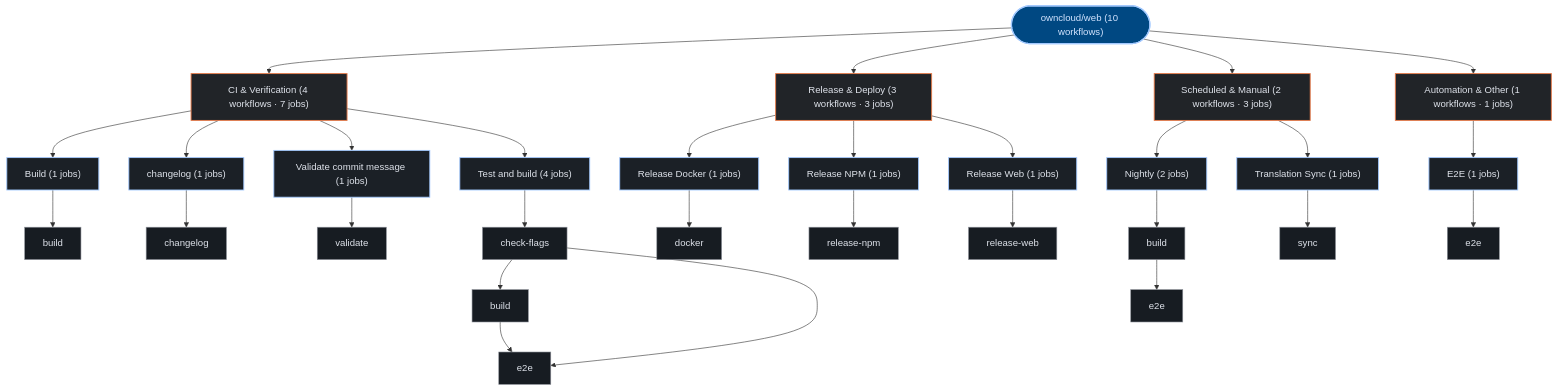
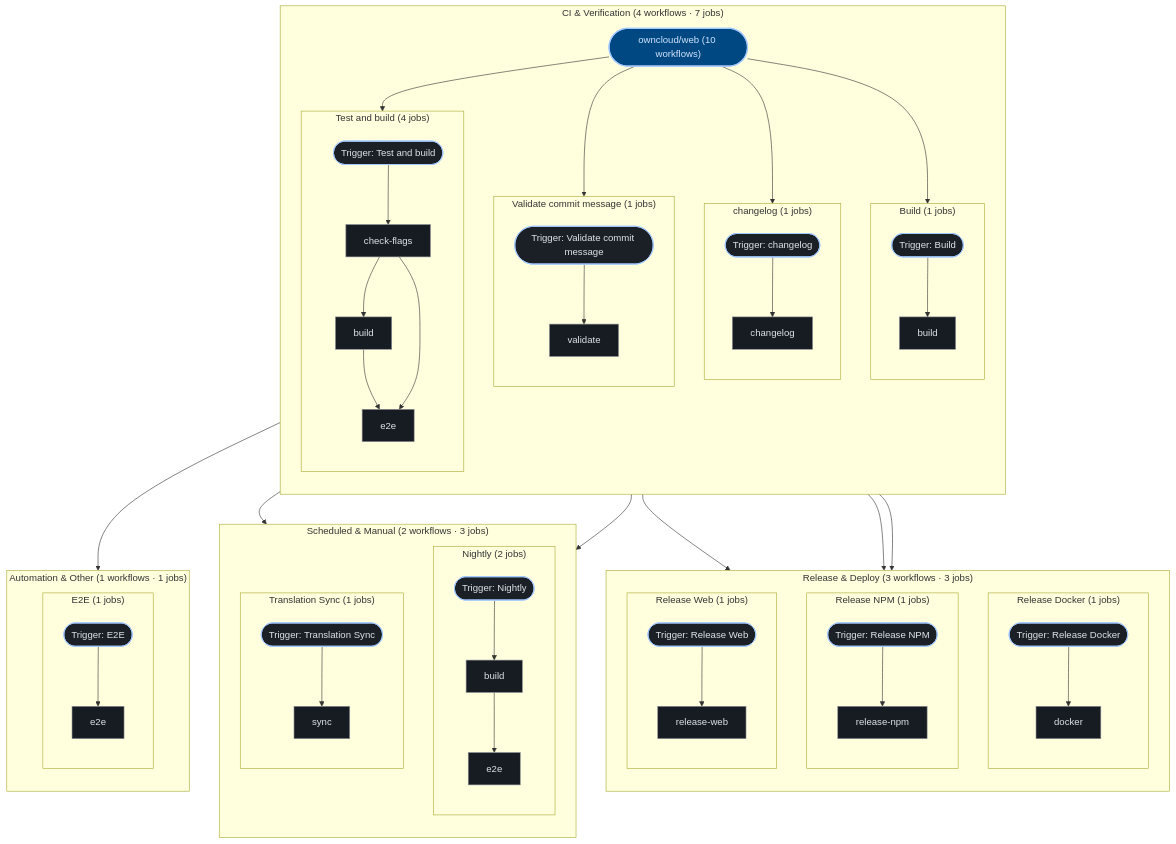
The third of 3 diagrams in exports/latest/reports/owncloud-web-report.md (kumarshaz/atruss-code-atlas), drawn with Mermaid before and after one commit. The commit also changed 181 other files, not shown here.

````diff
--- a/exports/latest/reports/owncloud-web-report.md
+++ b/exports/latest/reports/owncloud-web-report.md
@@ -277,59 +277,93 @@
   classDef atlasAlert fill:#93000a,stroke:#ffb4ab,stroke-width:1.5px,color:#ffdad6
   classDef atlasMore fill:#252a31,stroke:#8d9199,stroke-dasharray:4 4,color:#c3c6cf
   pipeline_root(["owncloud/web (10 workflows)"]):::atlasRoot
-  grp_0_CI___Verification["CI & Verification (4 workflows · 7 jobs)"]:::atlasCategory
-  pipeline_root --> grp_0_CI___Verification
-  wf_0_Build["Build (1 jobs)"]:::atlasWorkflow
-  grp_0_CI___Verification --> wf_0_Build
-  job_0_build["build"]:::atlasJob
-  wf_0_Build --> job_0_build
-  wf_2_changelog["changelog (1 jobs)"]:::atlasWorkflow
-  grp_0_CI___Verification --> wf_2_changelog
-  job_2_changelog["changelog"]:::atlasJob
-  wf_2_changelog --> job_2_changelog
-  wf_3_Validate_commit_message["Validate commit message (1 jobs)"]:::atlasWorkflow
-  grp_0_CI___Verification --> wf_3_Validate_commit_message
-  job_3_validate["validate"]:::atlasJob
-  wf_3_Validate_commit_message --> job_3_validate
-  wf_8_Test_and_build["Test and build (4 jobs)"]:::atlasWorkflow
-  grp_0_CI___Verification --> wf_8_Test_and_build
-  job_8_check_flags["check-flags"]:::atlasJob
-  job_8_build["build"]:::atlasJob
-  job_8_e2e["e2e"]:::atlasJob
-  wf_8_Test_and_build --> job_8_check_flags
-  job_8_check_flags --> job_8_build
-  job_8_build --> job_8_e2e
-  job_8_check_flags --> job_8_e2e
-  grp_1_Release___Deploy["Release & Deploy (3 workflows · 3 jobs)"]:::atlasCategory
-  pipeline_root --> grp_1_Release___Deploy
-  wf_5_Release_Docker["Release Docker (1 jobs)"]:::atlasWorkflow
-  grp_1_Release___Deploy --> wf_5_Release_Docker
-  job_5_docker["docker"]:::atlasJob
-  wf_5_Release_Docker --> job_5_docker
-  wf_6_Release_NPM["Release NPM (1 jobs)"]:::atlasWorkflow
-  grp_1_Release___Deploy --> wf_6_Release_NPM
-  job_6_release_npm["release-npm"]:::atlasJob
-  wf_6_Release_NPM --> job_6_release_npm
-  wf_7_Release_Web["Release Web (1 jobs)"]:::atlasWorkflow
-  grp_1_Release___Deploy --> wf_7_Release_Web
-  job_7_release_web["release-web"]:::atlasJob
-  wf_7_Release_Web --> job_7_release_web
-  grp_2_Scheduled___Manual["Scheduled & Manual (2 workflows · 3 jobs)"]:::atlasCategory
-  pipeline_root --> grp_2_Scheduled___Manual
-  wf_4_Nightly["Nightly (2 jobs)"]:::atlasWorkflow
-  grp_2_Scheduled___Manual --> wf_4_Nightly
-  job_4_build["build"]:::atlasJob
-  job_4_e2e["e2e"]:::atlasJob
-  wf_4_Nightly --> job_4_build
-  job_4_build --> job_4_e2e
-  wf_9_Translation_Sync["Translation Sync (1 jobs)"]:::atlasWorkflow
-  grp_2_Scheduled___Manual --> wf_9_Translation_Sync
-  job_9_sync["sync"]:::atlasJob
-  wf_9_Translation_Sync --> job_9_sync
-  grp_3_Automation___Other["Automation & Other (1 workflows · 1 jobs)"]:::atlasCategory
-  pipeline_root --> grp_3_Automation___Other
-  wf_1_E2E["E2E (1 jobs)"]:::atlasWorkflow
-  grp_3_Automation___Other --> wf_1_E2E
-  job_1_e2e["e2e"]:::atlasJob
-  wf_1_E2E --> job_1_e2e
+  subgraph sg_grp_0_CI___Verification["CI & Verification (4 workflows · 7 jobs)"]
+    direction TB
+    subgraph sg_wf_0_Build["Build (1 jobs)"]
+      direction TB
+      wf_0_Build(["Trigger: Build"]):::atlasWorkflow
+      job_0_build["build"]:::atlasJob
+      wf_0_Build --> job_0_build
+    end
+    pipeline_root --> wf_0_Build
+    subgraph sg_wf_2_changelog["changelog (1 jobs)"]
+      direction TB
+      wf_2_changelog(["Trigger: changelog"]):::atlasWorkflow
+      job_2_changelog["changelog"]:::atlasJob
+      wf_2_changelog --> job_2_changelog
+    end
+    pipeline_root --> wf_2_changelog
+    subgraph sg_wf_3_Validate_commit_message["Validate commit message (1 jobs)"]
+      direction TB
+      wf_3_Validate_commit_message(["Trigger: Validate commit message"]):::atlasWorkflow
+      job_3_validate["validate"]:::atlasJob
+      wf_3_Validate_commit_message --> job_3_validate
+    end
+    pipeline_root --> wf_3_Validate_commit_message
+    subgraph sg_wf_8_Test_and_build["Test and build (4 jobs)"]
+      direction TB
+      wf_8_Test_and_build(["Trigger: Test and build"]):::atlasWorkflow
+      job_8_check_flags["check-flags"]:::atlasJob
+      job_8_build["build"]:::atlasJob
+      job_8_e2e["e2e"]:::atlasJob
+      wf_8_Test_and_build --> job_8_check_flags
+      job_8_check_flags --> job_8_build
+      job_8_build --> job_8_e2e
+      job_8_check_flags --> job_8_e2e
+    end
+    pipeline_root --> wf_8_Test_and_build
+  end
+  subgraph sg_grp_1_Release___Deploy["Release & Deploy (3 workflows · 3 jobs)"]
+    direction TB
+    subgraph sg_wf_5_Release_Docker["Release Docker (1 jobs)"]
+      direction TB
+      wf_5_Release_Docker(["Trigger: Release Docker"]):::atlasWorkflow
+      job_5_docker["docker"]:::atlasJob
+      wf_5_Release_Docker --> job_5_docker
+    end
+    pipeline_root --> wf_5_Release_Docker
+    subgraph sg_wf_6_Release_NPM["Release NPM (1 jobs)"]
+      direction TB
+      wf_6_Release_NPM(["Trigger: Release NPM"]):::atlasWorkflow
+      job_6_release_npm["release-npm"]:::atlasJob
+      wf_6_Release_NPM --> job_6_release_npm
+    end
+    pipeline_root --> wf_6_Release_NPM
+    subgraph sg_wf_7_Release_Web["Release Web (1 jobs)"]
+      direction TB
+      wf_7_Release_Web(["Trigger: Release Web"]):::atlasWorkflow
+      job_7_release_web["release-web"]:::atlasJob
+      wf_7_Release_Web --> job_7_release_web
+    end
+    pipeline_root --> wf_7_Release_Web
+  end
+  subgraph sg_grp_2_Scheduled___Manual["Scheduled & Manual (2 workflows · 3 jobs)"]
+    direction TB
+    subgraph sg_wf_4_Nightly["Nightly (2 jobs)"]
+      direction TB
+      wf_4_Nightly(["Trigger: Nightly"]):::atlasWorkflow
+      job_4_build["build"]:::atlasJob
+      job_4_e2e["e2e"]:::atlasJob
+      wf_4_Nightly --> job_4_build
+      job_4_build --> job_4_e2e
+    end
+    pipeline_root --> wf_4_Nightly
+    subgraph sg_wf_9_Translation_Sync["Translation Sync (1 jobs)"]
+      direction TB
+      wf_9_Translation_Sync(["Trigger: Translation Sync"]):::atlasWorkflow
+      job_9_sync["sync"]:::atlasJob
+      wf_9_Translation_Sync --> job_9_sync
+    end
+    pipeline_root --> wf_9_Translation_Sync
+  end
+  subgraph sg_grp_3_Automation___Other["Automation & Other (1 workflows · 1 jobs)"]
+    direction TB
+    subgraph sg_wf_1_E2E["E2E (1 jobs)"]
+      direction TB
+      wf_1_E2E(["Trigger: E2E"]):::atlasWorkflow
+      job_1_e2e["e2e"]:::atlasJob
+      wf_1_E2E --> job_1_e2e
+    end
+    pipeline_root --> wf_1_E2E
+  end
 ```
````
